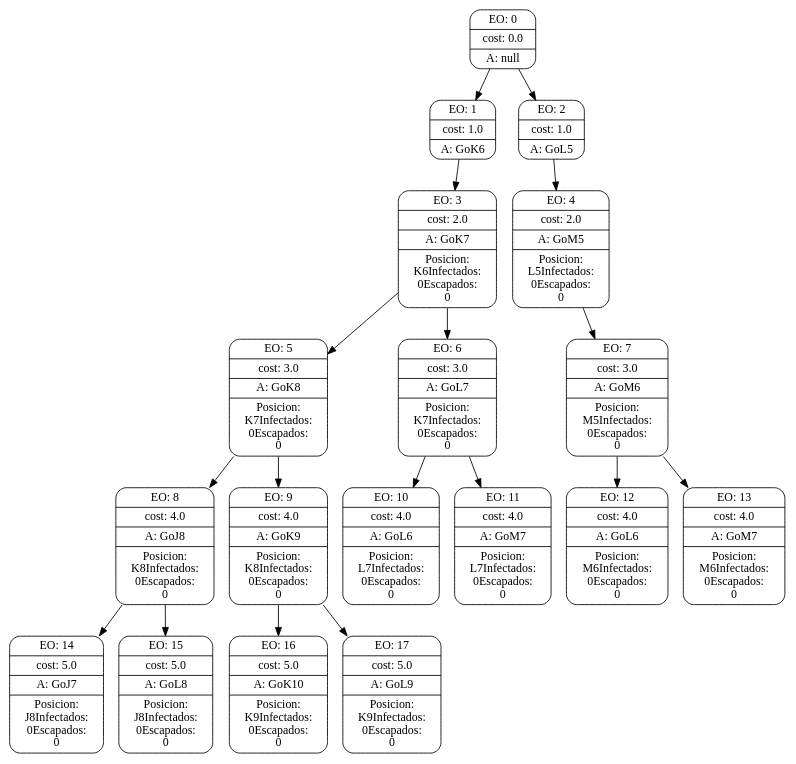
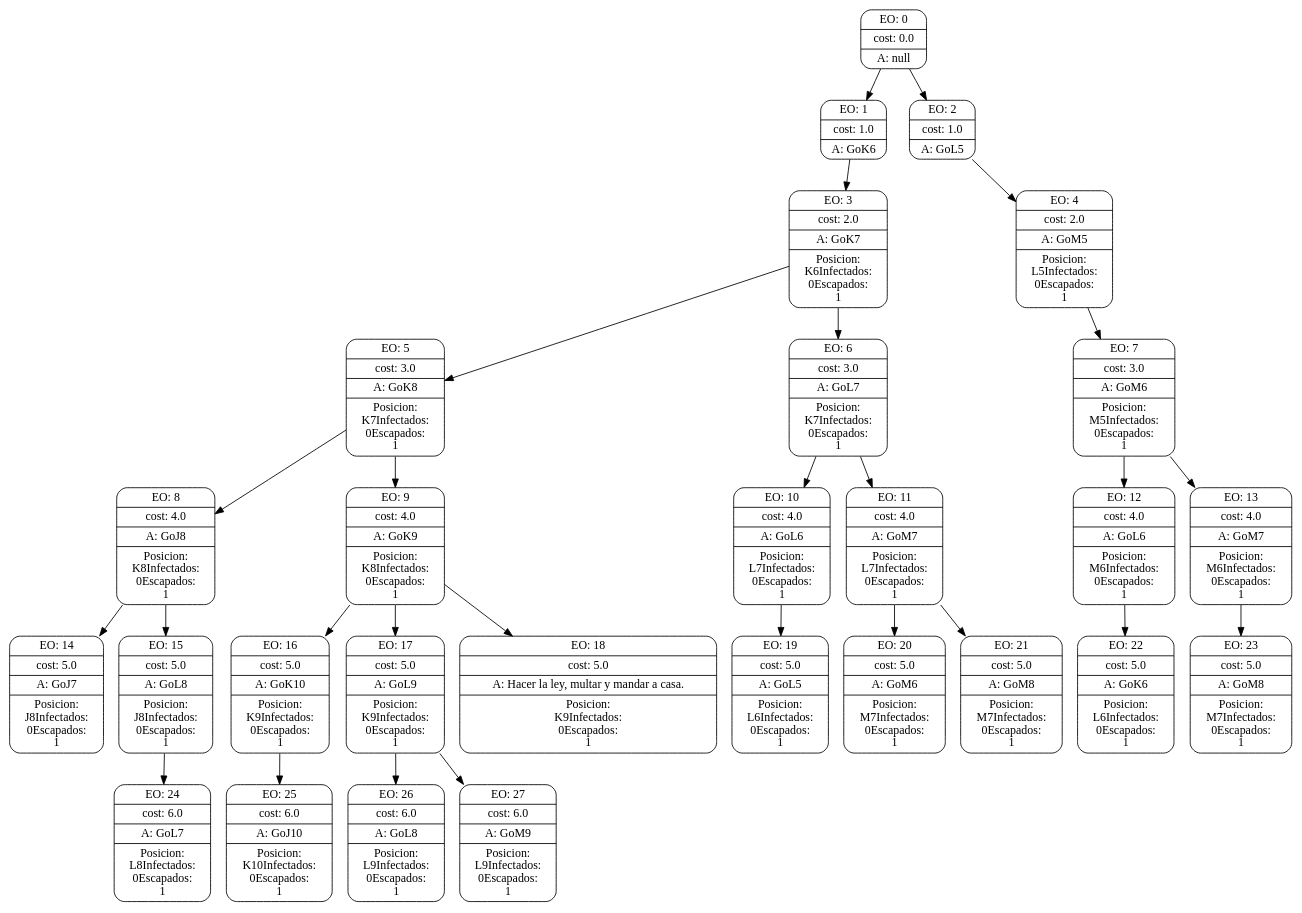
The diagram in inteligenciaArtificialTP1/searchGVTrees/2.dot (eliasbrizi/tp1IA), drawn with Graphviz before and after one commit. The commit also changed 43 other files, not shown here.

```diff
--- a/inteligenciaArtificialTP1/searchGVTrees/2.dot
+++ b/inteligenciaArtificialTP1/searchGVTrees/2.dot
@@ -1,87 +1,137 @@
 digraph g {
 node [shape = Mrecord];
 nodo0[label="{EO: 0|cost: 0.0|A: null}"]
 nodo1[label="{EO: 1|cost: 1.0|A: GoK6}"]
 nodo3[label="{EO: 3|cost: 2.0|A: GoK7|Posicion:\nK6
 Infectados:\n0
-Escapados:\n0}"]
+Escapados:\n1}"]
 nodo5[label="{EO: 5|cost: 3.0|A: GoK8|Posicion:\nK7
 Infectados:\n0
-Escapados:\n0}"]
+Escapados:\n1}"]
 nodo8[label="{EO: 8|cost: 4.0|A: GoJ8|Posicion:\nK8
 Infectados:\n0
-Escapados:\n0}"]
+Escapados:\n1}"]
 nodo14[label="{EO: 14|cost: 5.0|A: GoJ7|Posicion:\nJ8
 Infectados:\n0
-Escapados:\n0}"]
+Escapados:\n1}"]
 
 nodo8 -> nodo14;
 nodo15[label="{EO: 15|cost: 5.0|A: GoL8|Posicion:\nJ8
 Infectados:\n0
-Escapados:\n0}"]
+Escapados:\n1}"]
+nodo24[label="{EO: 24|cost: 6.0|A: GoL7|Posicion:\nL8
+Infectados:\n0
+Escapados:\n1}"]
+
+nodo15 -> nodo24;
 
 nodo8 -> nodo15;
 
 nodo5 -> nodo8;
 nodo9[label="{EO: 9|cost: 4.0|A: GoK9|Posicion:\nK8
 Infectados:\n0
-Escapados:\n0}"]
+Escapados:\n1}"]
 nodo16[label="{EO: 16|cost: 5.0|A: GoK10|Posicion:\nK9
 Infectados:\n0
-Escapados:\n0}"]
+Escapados:\n1}"]
+nodo25[label="{EO: 25|cost: 6.0|A: GoJ10|Posicion:\nK10
+Infectados:\n0
+Escapados:\n1}"]
+
+nodo16 -> nodo25;
 
 nodo9 -> nodo16;
 nodo17[label="{EO: 17|cost: 5.0|A: GoL9|Posicion:\nK9
 Infectados:\n0
-Escapados:\n0}"]
+Escapados:\n1}"]
+nodo26[label="{EO: 26|cost: 6.0|A: GoL8|Posicion:\nL9
+Infectados:\n0
+Escapados:\n1}"]
+
+nodo17 -> nodo26;
+nodo27[label="{EO: 27|cost: 6.0|A: GoM9|Posicion:\nL9
+Infectados:\n0
+Escapados:\n1}"]
+
+nodo17 -> nodo27;
 
 nodo9 -> nodo17;
+nodo18[label="{EO: 18|cost: 5.0|A: Hacer la ley, multar y mandar a casa.|Posicion:\nK9
+Infectados:\n0
+Escapados:\n1}"]
+
+nodo9 -> nodo18;
 
 nodo5 -> nodo9;
 
 nodo3 -> nodo5;
 nodo6[label="{EO: 6|cost: 3.0|A: GoL7|Posicion:\nK7
 Infectados:\n0
-Escapados:\n0}"]
+Escapados:\n1}"]
 nodo10[label="{EO: 10|cost: 4.0|A: GoL6|Posicion:\nL7
 Infectados:\n0
-Escapados:\n0}"]
+Escapados:\n1}"]
+nodo19[label="{EO: 19|cost: 5.0|A: GoL5|Posicion:\nL6
+Infectados:\n0
+Escapados:\n1}"]
+
+nodo10 -> nodo19;
 
 nodo6 -> nodo10;
 nodo11[label="{EO: 11|cost: 4.0|A: GoM7|Posicion:\nL7
 Infectados:\n0
-Escapados:\n0}"]
+Escapados:\n1}"]
+nodo20[label="{EO: 20|cost: 5.0|A: GoM6|Posicion:\nM7
+Infectados:\n0
+Escapados:\n1}"]
+
+nodo11 -> nodo20;
+nodo21[label="{EO: 21|cost: 5.0|A: GoM8|Posicion:\nM7
+Infectados:\n0
+Escapados:\n1}"]
+
+nodo11 -> nodo21;
 
 nodo6 -> nodo11;
 
 nodo3 -> nodo6;
 
 nodo1 -> nodo3;
 
 nodo0 -> nodo1;
 nodo2[label="{EO: 2|cost: 1.0|A: GoL5}"]
 nodo4[label="{EO: 4|cost: 2.0|A: GoM5|Posicion:\nL5
 Infectados:\n0
-Escapados:\n0}"]
+Escapados:\n1}"]
 nodo7[label="{EO: 7|cost: 3.0|A: GoM6|Posicion:\nM5
 Infectados:\n0
-Escapados:\n0}"]
+Escapados:\n1}"]
 nodo12[label="{EO: 12|cost: 4.0|A: GoL6|Posicion:\nM6
 Infectados:\n0
-Escapados:\n0}"]
+Escapados:\n1}"]
+nodo22[label="{EO: 22|cost: 5.0|A: GoK6|Posicion:\nL6
+Infectados:\n0
+Escapados:\n1}"]
+
+nodo12 -> nodo22;
 
 nodo7 -> nodo12;
 nodo13[label="{EO: 13|cost: 4.0|A: GoM7|Posicion:\nM6
 Infectados:\n0
-Escapados:\n0}"]
+Escapados:\n1}"]
+nodo23[label="{EO: 23|cost: 5.0|A: GoM8|Posicion:\nM7
+Infectados:\n0
+Escapados:\n1}"]
+
+nodo13 -> nodo23;
 
 nodo7 -> nodo13;
 
 nodo4 -> nodo7;
 
 nodo2 -> nodo4;
 
 nodo0 -> nodo2;
 
 
 }
```
